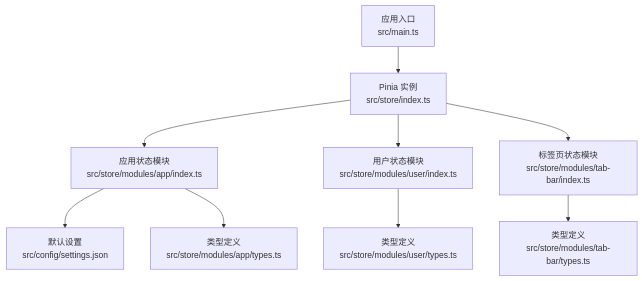
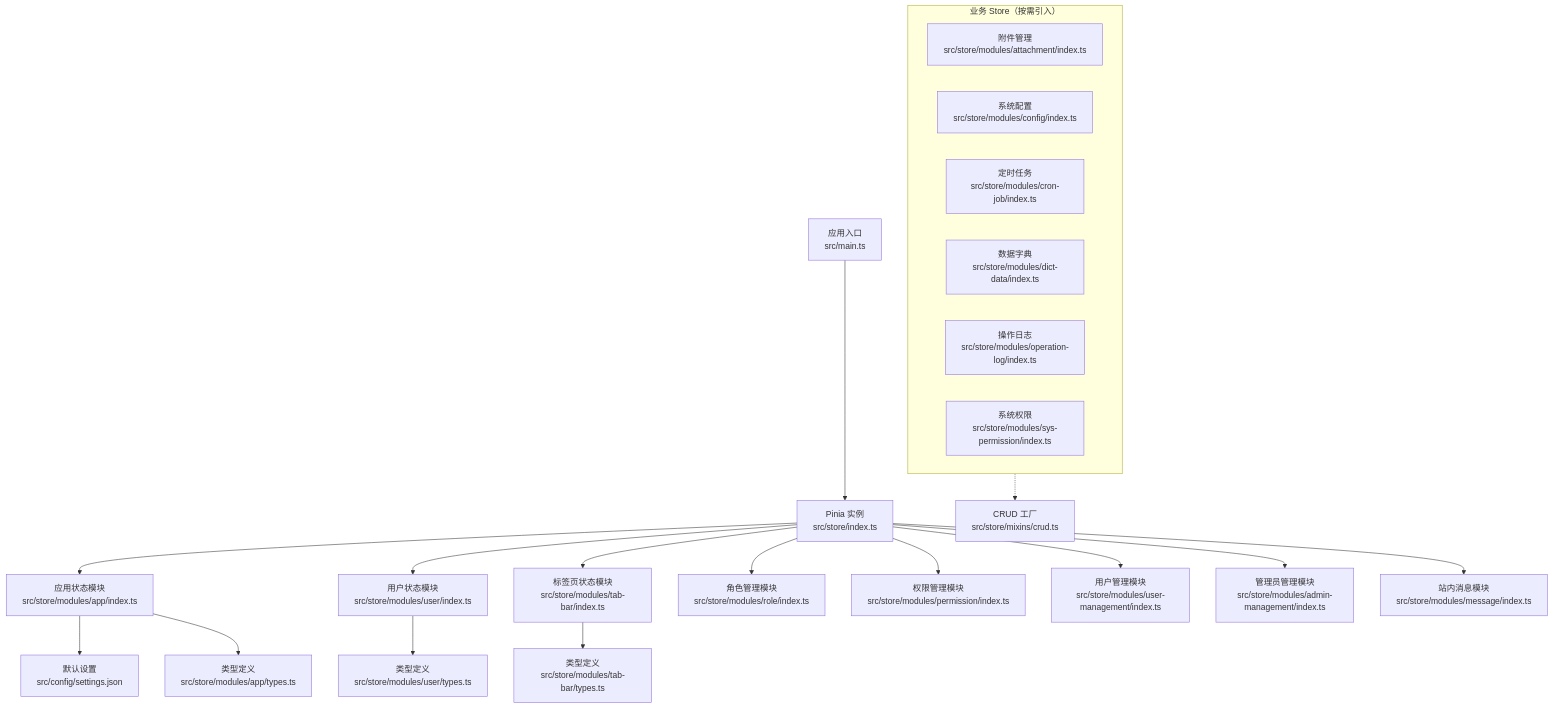
One commit to wuwuseo/e-sports-go-admin-web changed the first of 7 diagrams in .qoder/repowiki/zh/content/状态管理/状态管理.md. Above: the diagram before and after it, drawn with Mermaid. The commit also changed other lines of this file and 7 other files, not shown here.

````diff
--- a/.qoder/repowiki/zh/content/状态管理/状态管理.md
+++ b/.qoder/repowiki/zh/content/状态管理/状态管理.md
@@ -38,11 +52,25 @@
 ```mermaid
 graph TB
-A["应用入口<br/>src/main.ts"] --> B["Pinia 实例<br/>src/store/index.ts"]
-B --> C["应用状态模块<br/>src/store/modules/app/index.ts"]
-B --> D["用户状态模块<br/>src/store/modules/user/index.ts"]
-B --> E["标签页状态模块<br/>src/store/modules/tab-bar/index.ts"]
-C --> F["默认设置<br/>src/config/settings.json"]
-C --> G["类型定义<br/>src/store/modules/app/types.ts"]
-D --> H["类型定义<br/>src/store/modules/user/types.ts"]
-E --> I["类型定义<br/>src/store/modules/tab-bar/types.ts"]
+    A["应用入口<br/>src/main.ts"] --> B["Pinia 实例<br/>src/store/index.ts"]
+    B --> C["应用状态模块<br/>src/store/modules/app/index.ts"]
+    B --> D["用户状态模块<br/>src/store/modules/user/index.ts"]
+    B --> E["标签页状态模块<br/>src/store/modules/tab-bar/index.ts"]
+    B --> F["角色管理模块<br/>src/store/modules/role/index.ts"]
+    B --> G["权限管理模块<br/>src/store/modules/permission/index.ts"]
+    B --> H["用户管理模块<br/>src/store/modules/user-management/index.ts"]
+    B --> I["管理员管理模块<br/>src/store/modules/admin-management/index.ts"]
+    B --> J["站内消息模块<br/>src/store/modules/message/index.ts"]
+    C --> K["默认设置<br/>src/config/settings.json"]
+    C --> L["类型定义<br/>src/store/modules/app/types.ts"]
+    D --> M["类型定义<br/>src/store/modules/user/types.ts"]
+    E --> N["类型定义<br/>src/store/modules/tab-bar/types.ts"]
+    subgraph O["业务 Store（按需引入）"]
+        P["附件管理<br/>src/store/modules/attachment/index.ts"]
+        Q["系统配置<br/>src/store/modules/config/index.ts"]
+        R["定时任务<br/>src/store/modules/cron-job/index.ts"]
+        S["数据字典<br/>src/store/modules/dict-data/index.ts"]
+        T["操作日志<br/>src/store/modules/operation-log/index.ts"]
+        U["系统权限<br/>src/store/modules/sys-permission/index.ts"]
+    end
+    O -.-> V["CRUD 工厂<br/>src/store/mixins/crud.ts"]
 ```
````
